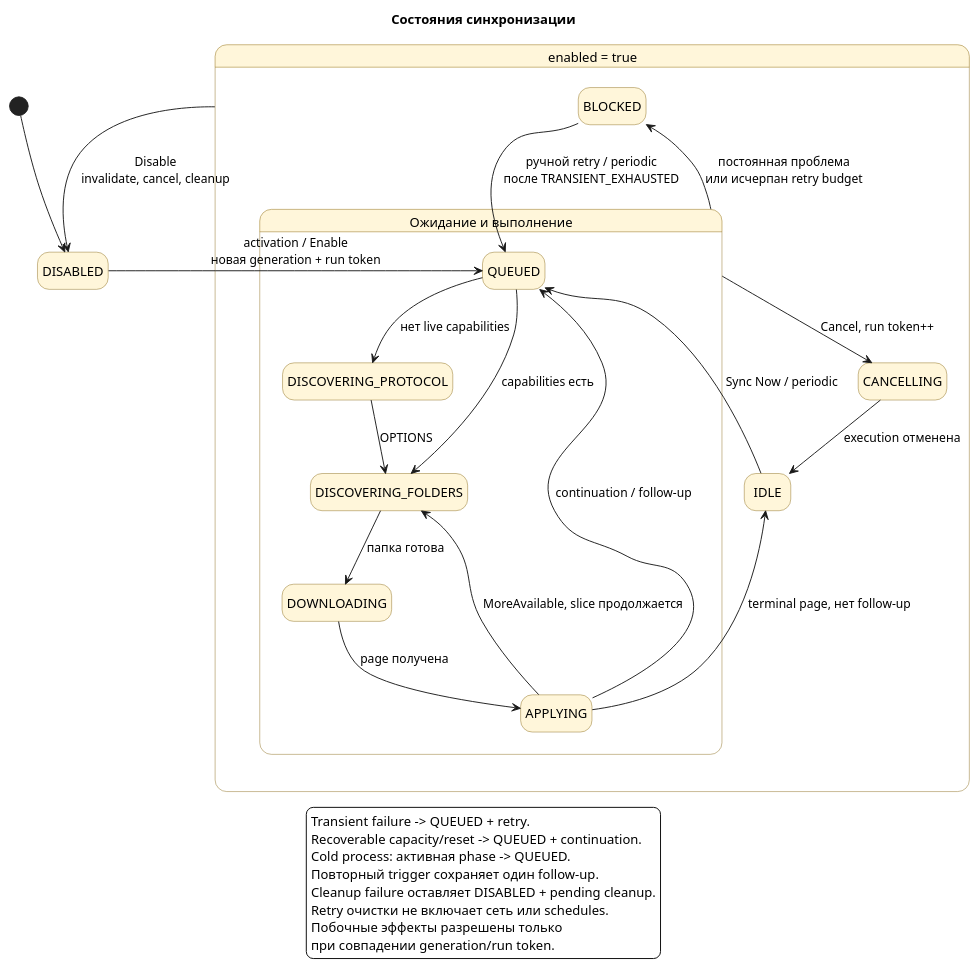
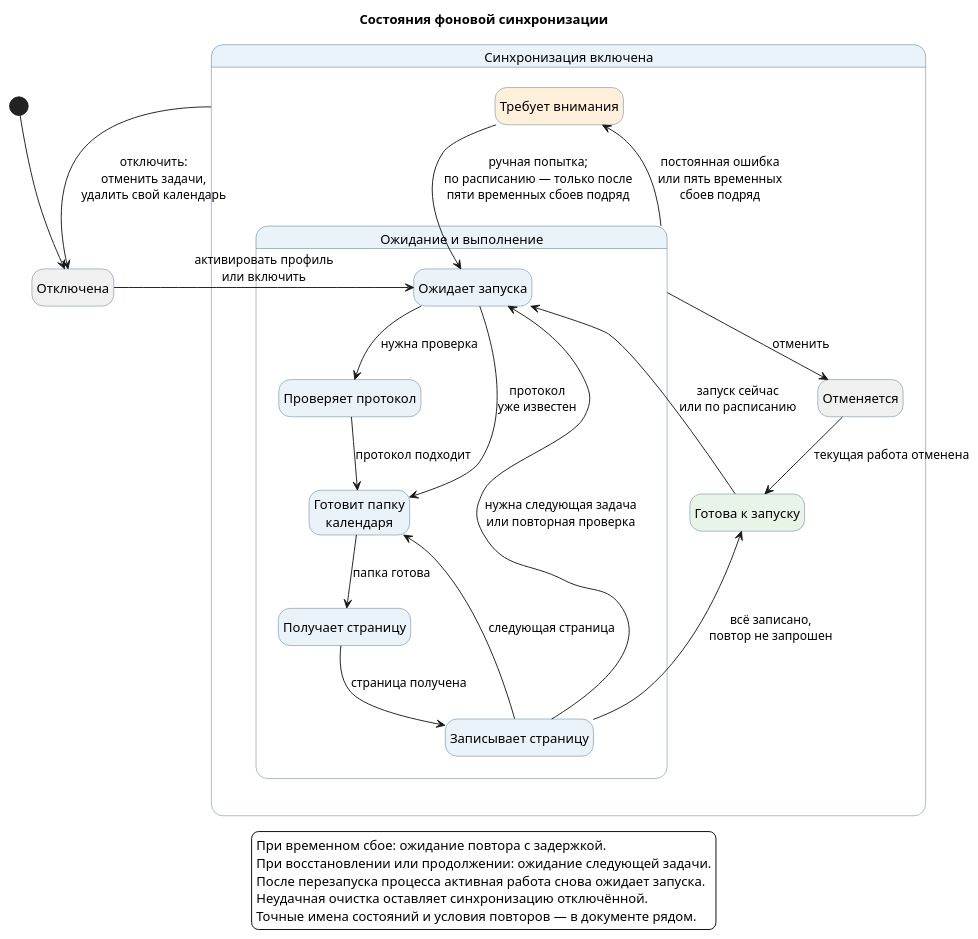
One commit to mixalich7b/exchange-sync-android changed the diagram in docs/diagrams/sync-state-machine.puml. Above: the diagram before and after it, drawn with PlantUML. The commit also changed 5 other files, not shown here.

```diff
--- a/docs/diagrams/sync-state-machine.puml
+++ b/docs/diagrams/sync-state-machine.puml
@@ -1,50 +1,48 @@
 @startuml
-title Состояния синхронизации
+title Состояния фоновой синхронизации
 hide empty description
 skinparam shadowing false
 skinparam backgroundColor white
 skinparam state {
-  BackgroundColor #FFF6DA
-  BorderColor #8A6D1D
+  BackgroundColor #EAF2FA
+  BorderColor #54718A
 }
-state DISABLED
-state "enabled = true" as Enabled {
-  state IDLE
-  state BLOCKED
-  state CANCELLING
+state "Отключена" as DISABLED #F0F0F0
+state "Синхронизация включена" as Enabled {
+  state "Готова к запуску" as IDLE #E9F4E8
+  state "Требует внимания" as BLOCKED #FFF0DC
+  state "Отменяется" as CANCELLING #F0F0F0
   state "Ожидание и выполнение" as Active {
-    state QUEUED
-    state DISCOVERING_PROTOCOL
-    state DISCOVERING_FOLDERS
-    state DOWNLOADING
-    state APPLYING
-    QUEUED --> DISCOVERING_PROTOCOL : нет live capabilities
-    QUEUED --> DISCOVERING_FOLDERS : capabilities есть
-    DISCOVERING_PROTOCOL --> DISCOVERING_FOLDERS : OPTIONS
+    state "Ожидает запуска" as QUEUED
+    state "Проверяет протокол" as DISCOVERING_PROTOCOL
+    state "Готовит папку\nкалендаря" as DISCOVERING_FOLDERS
+    state "Получает страницу" as DOWNLOADING
+    state "Записывает страницу" as APPLYING
+
+    QUEUED --> DISCOVERING_PROTOCOL : нужна проверка
+    QUEUED --> DISCOVERING_FOLDERS : протокол\nуже известен
+    DISCOVERING_PROTOCOL --> DISCOVERING_FOLDERS : протокол подходит
     DISCOVERING_FOLDERS --> DOWNLOADING : папка готова
-    DOWNLOADING --> APPLYING : page получена
-    APPLYING --> DISCOVERING_FOLDERS : MoreAvailable, slice продолжается
-    APPLYING --> QUEUED : continuation / follow-up
+    DOWNLOADING --> APPLYING : страница получена
+    APPLYING --> DISCOVERING_FOLDERS : следующая страница
+    APPLYING --> QUEUED : нужна следующая задача\nили повторная проверка
   }
-  IDLE --> QUEUED : Sync Now / periodic
-  BLOCKED --> QUEUED : ручной retry / periodic\nпосле TRANSIENT_EXHAUSTED
-  APPLYING --> IDLE : terminal page, нет follow-up
-  Active --> CANCELLING : Cancel, run token++
-  CANCELLING --> IDLE : execution отменена
-  Active --> BLOCKED : постоянная проблема\nили исчерпан retry budget
+  IDLE --> QUEUED : запуск сейчас\nили по расписанию
+  BLOCKED --> QUEUED : ручная попытка;\nпо расписанию — только после\nпяти временных сбоев подряд
+  APPLYING --> IDLE : всё записано,\nповтор не запрошен
+  Active --> CANCELLING : отменить
+  CANCELLING --> IDLE : текущая работа отменена
+  Active --> BLOCKED : постоянная ошибка\nили пять временных\nсбоев подряд
 }
 [*] --> DISABLED
-DISABLED --> QUEUED : activation / Enable\nновая generation + run token
-Enabled --> DISABLED : Disable\ninvalidate, cancel, cleanup
+DISABLED --> QUEUED : активировать профиль\nили включить
+Enabled --> DISABLED : отключить:\nотменить задачи,\nудалить свой календарь
 
 legend bottom
-Transient failure -> QUEUED + retry.
-Recoverable capacity/reset -> QUEUED + continuation.
-Cold process: активная phase -> QUEUED.
-Повторный trigger сохраняет один follow-up.
-Cleanup failure оставляет DISABLED + pending cleanup.
-Retry очистки не включает сеть или schedules.
-Побочные эффекты разрешены только
-при совпадении generation/run token.
+При временном сбое: ожидание повтора с задержкой.
+При восстановлении или продолжении: ожидание следующей задачи.
+После перезапуска процесса активная работа снова ожидает запуска.
+Неудачная очистка оставляет синхронизацию отключённой.
+Точные имена состояний и условия повторов — в документе рядом.
 endlegend
 @enduml
```
